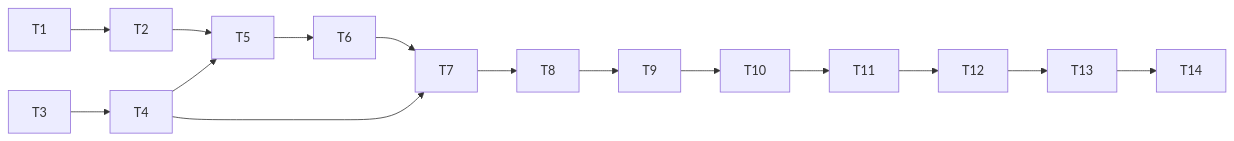
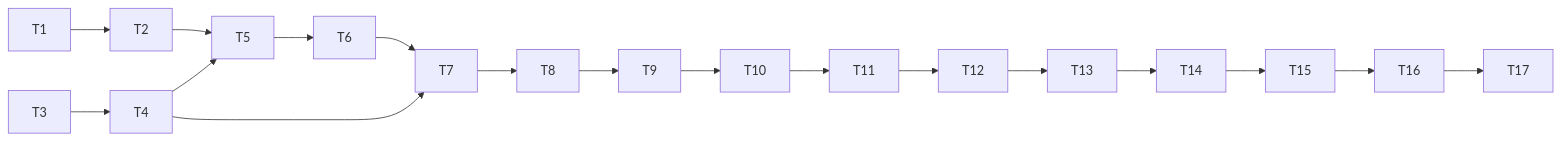
Before and after one commit to OUTLElijiadong/llm-agent-code-review: the diagram in docs/沙箱黑盒入口与上下文复用20261008/TASK_沙箱黑盒入口与上下文复用.md, drawn with Mermaid. The commit also changed other lines of this file and 8 other files, not shown here.

````diff
--- a/docs/沙箱黑盒入口与上下文复用20261008/TASK_沙箱黑盒入口与上下文复用.md
+++ b/docs/沙箱黑盒入口与上下文复用20261008/TASK_沙箱黑盒入口与上下文复用.md
@@ -22,17 +26,20 @@
 ```mermaid
 flowchart LR
   T1 --> T2
   T3 --> T4
   T2 --> T5
   T4 --> T5
   T5 --> T6
   T4 --> T7
   T6 --> T7
   T7 --> T8
   T8 --> T9
   T9 --> T10
   T10 --> T11
   T11 --> T12
   T12 --> T13
   T13 --> T14
+  T14 --> T15
+  T15 --> T16
+  T16 --> T17
 ```
````
